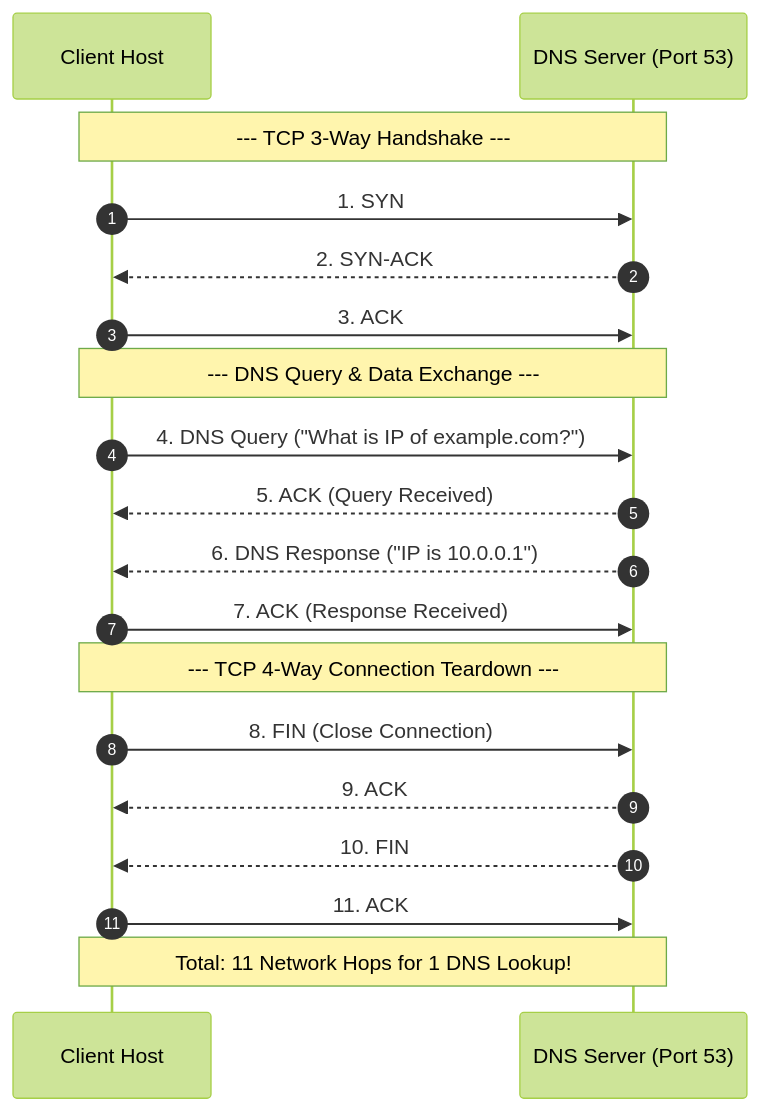
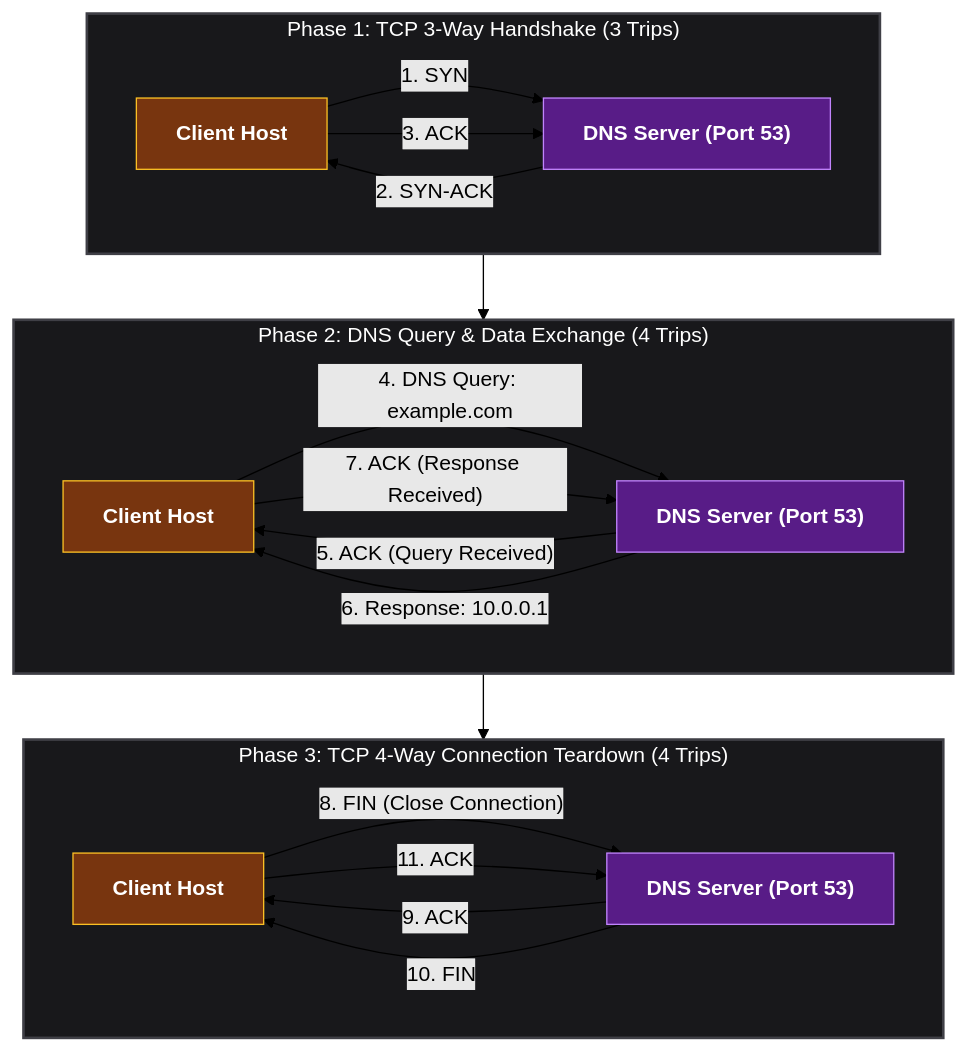
One commit to ayuslharora/blog-ayuslh changed the fourth of 6 diagrams in content/posts/networking/ch13-user-datagram-protocol-udp.mdx. Above: the diagram before and after it, drawn with Mermaid (forest theme). The commit also changed other lines of this file, not shown here.

Commit message:
Update DNS TCP vs UDP diagrams in Ch.13 post

````diff
--- a/content/posts/networking/ch13-user-datagram-protocol-udp.mdx
+++ b/content/posts/networking/ch13-user-datagram-protocol-udp.mdx
@@ -157,25 +157,39 @@
 ```mermaid
-sequenceDiagram
-    autonumber
-    participant Client as Client Host
-    participant DNS as DNS Server (Port 53)
+flowchart TD
+    subgraph Phase1 ["Phase 1: TCP 3-Way Handshake (3 Trips)"]
+        direction LR
+        C1["<b>Client Host</b>"] -- "1. SYN" --> D1["<b>DNS Server (Port 53)</b>"]
+        D1 -- "2. SYN-ACK" --> C1
+        C1 -- "3. ACK" --> D1
+    end
 
-    Note over Client,DNS: --- TCP 3-Way Handshake ---
-    Client->>DNS: 1. SYN
-    DNS-->>Client: 2. SYN-ACK
-    Client->>DNS: 3. ACK
+    subgraph Phase2 ["Phase 2: DNS Query & Data Exchange (4 Trips)"]
+        direction LR
+        C2["<b>Client Host</b>"] -- "4. DNS Query: example.com" --> D2["<b>DNS Server (Port 53)</b>"]
+        D2 -- "5. ACK (Query Received)" --> C2
+        D2 -- "6. Response: 10.0.0.1" --> C2
+        C2 -- "7. ACK (Response Received)" --> D2
+    end
 
-    Note over Client,DNS: --- DNS Query & Data Exchange ---
-    Client->>DNS: 4. DNS Query ("What is IP of example.com?")
-    DNS-->>Client: 5. ACK (Query Received)
-    DNS-->>Client: 6. DNS Response ("IP is 10.0.0.1")
-    Client->>DNS: 7. ACK (Response Received)
+    subgraph Phase3 ["Phase 3: TCP 4-Way Connection Teardown (4 Trips)"]
+        direction LR
+        C3["<b>Client Host</b>"] -- "8. FIN (Close Connection)" --> D3["<b>DNS Server (Port 53)</b>"]
+        D3 -- "9. ACK" --> C3
+        D3 -- "10. FIN" --> C3
+        C3 -- "11. ACK" --> D3
+    end
 
-    Note over Client,DNS: --- TCP 4-Way Connection Teardown ---
-    Client->>DNS: 8. FIN (Close Connection)
-    DNS-->>Client: 9. ACK
-    DNS-->>Client: 10. FIN
-    Client->>DNS: 11. ACK
+    Phase1 --> Phase2 --> Phase3
 
-    Note over Client,DNS: Total: 11 Network Hops for 1 DNS Lookup!
+    style Phase1 fill:#18181b,stroke:#3f3f46,stroke-width:2px,color:#fff
+    style C1 fill:#78350f,stroke:#fbbf24,color:#fff
+    style D1 fill:#581c87,stroke:#c084fc,color:#fff
+
+    style Phase2 fill:#18181b,stroke:#3f3f46,stroke-width:2px,color:#fff
+    style C2 fill:#78350f,stroke:#fbbf24,color:#fff
+    style D2 fill:#581c87,stroke:#c084fc,color:#fff
+
+    style Phase3 fill:#18181b,stroke:#3f3f46,stroke-width:2px,color:#fff
+    style C3 fill:#78350f,stroke:#fbbf24,color:#fff
+    style D3 fill:#581c87,stroke:#c084fc,color:#fff
 ```
````
